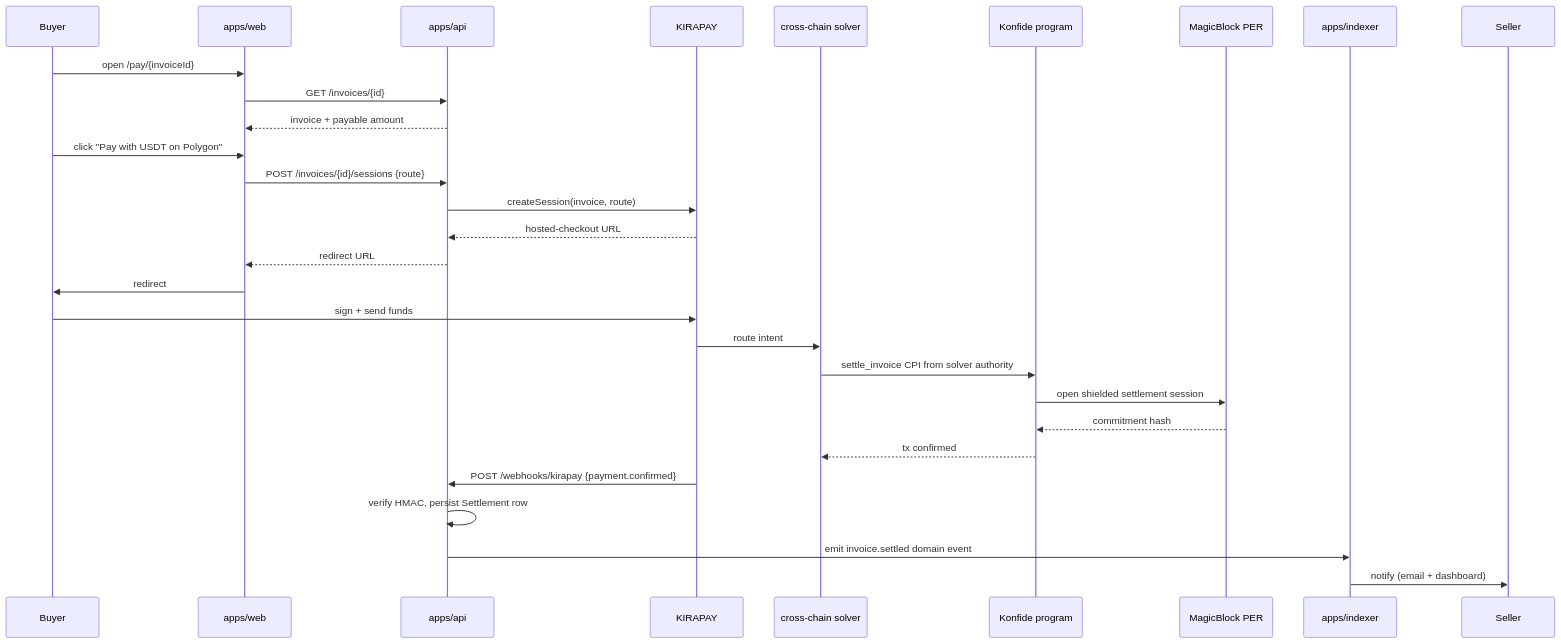
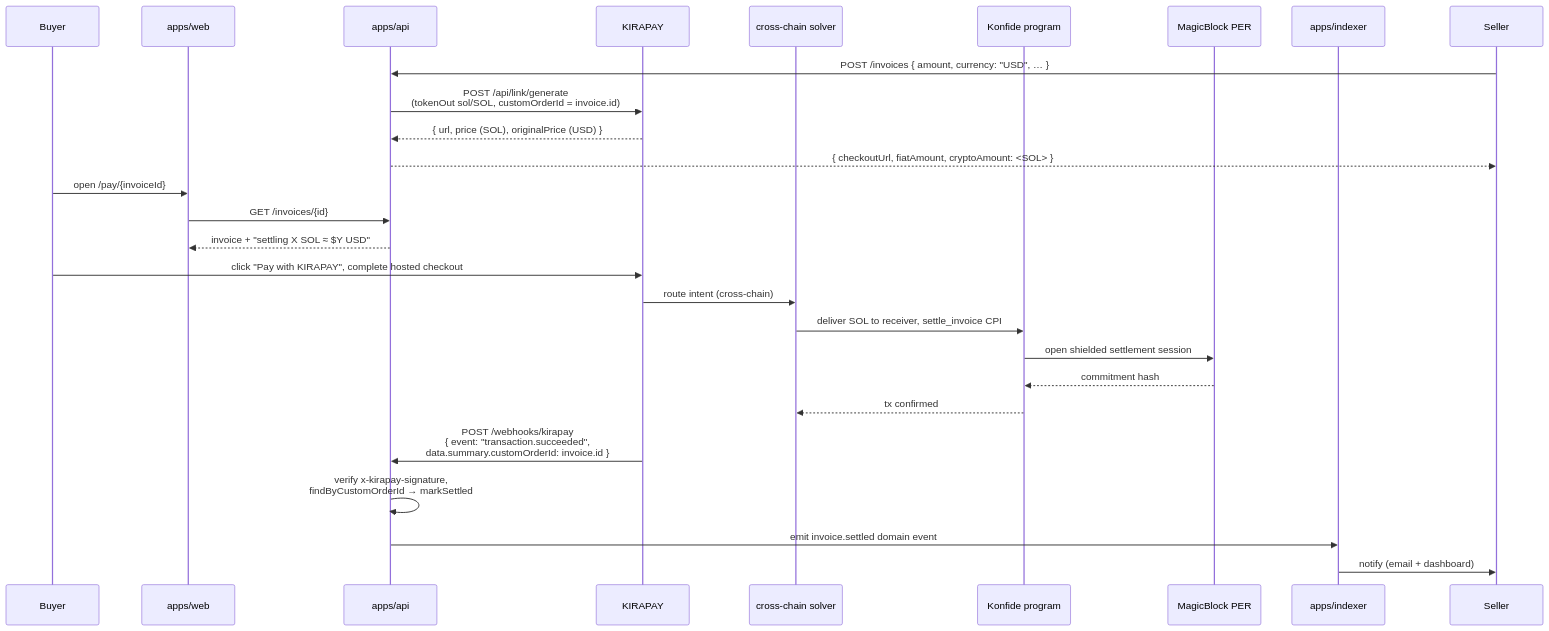
The third of 4 diagrams in docs/ARCHITECTURE.md (ezedike-evan/konfide), drawn with Mermaid before and after one commit. The commit also changed other lines of this file and 2 other files, not shown here.

Commit message:
docs(kirapay): document real endpoints, Solana settlement, customOrderId pattern
INTEGRATIONS.md KIRAPAY section now lists the real api.kira-pay.com
endpoints, the Solana-native SOL settlement constraint, the
transaction.* event names, the TBD-flagged signature scheme, and the
new env vars. submissions/kirapay.md gets a real sequence diagram, a
curl walkthrough, and a section on the customOrderId reconciliation
pattern. ARCHITECTURE.md's settlement-flow diagram reflects the
KIRAPAY → SOL → (Jupiter swap roadmap) → settled path.

````diff
--- a/docs/ARCHITECTURE.md
+++ b/docs/ARCHITECTURE.md
@@ -166,32 +166,30 @@
 ```mermaid
 sequenceDiagram
     participant Buyer
     participant Web as apps/web
     participant API as apps/api
     participant Kira as KIRAPAY
     participant Solver as cross-chain solver
     participant Program as Konfide program
     participant PER as MagicBlock PER
     participant Indexer as apps/indexer
     participant Seller
 
+    Seller->>API: POST /invoices { amount, currency: "USD", … }
+    API->>Kira: POST /api/link/generate<br/>(tokenOut sol/SOL, customOrderId = invoice.id)
+    Kira-->>API: { url, price (SOL), originalPrice (USD) }
+    API-->>Seller: { checkoutUrl, fiatAmount, cryptoAmount: <SOL> }
     Buyer->>Web: open /pay/{invoiceId}
     Web->>API: GET /invoices/{id}
-    API-->>Web: invoice + payable amount
-    Buyer->>Web: click "Pay with USDT on Polygon"
-    Web->>API: POST /invoices/{id}/sessions {route}
-    API->>Kira: createSession(invoice, route)
-    Kira-->>API: hosted-checkout URL
-    API-->>Web: redirect URL
-    Web->>Buyer: redirect
-    Buyer->>Kira: sign + send funds
-    Kira->>Solver: route intent
-    Solver->>Program: settle_invoice CPI from solver authority
+    API-->>Web: invoice + "settling X SOL ≈ $Y USD"
+    Buyer->>Kira: click "Pay with KIRAPAY", complete hosted checkout
+    Kira->>Solver: route intent (cross-chain)
+    Solver->>Program: deliver SOL to receiver, settle_invoice CPI
     Program->>PER: open shielded settlement session
     PER-->>Program: commitment hash
     Program-->>Solver: tx confirmed
-    Kira->>API: POST /webhooks/kirapay {payment.confirmed}
-    API->>API: verify HMAC, persist Settlement row
+    Kira->>API: POST /webhooks/kirapay<br/>{ event: "transaction.succeeded",<br/>  data.summary.customOrderId: invoice.id }
+    API->>API: verify x-kirapay-signature,<br/>findByCustomOrderId → markSettled
     API->>Indexer: emit invoice.settled domain event
     Indexer->>Seller: notify (email + dashboard)
 ```
````
